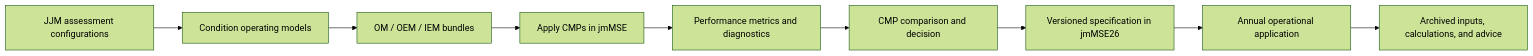
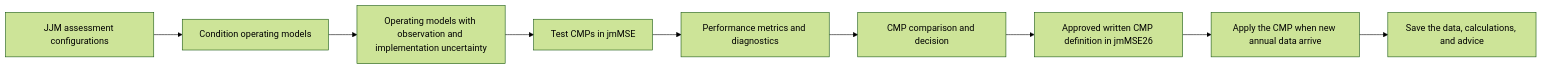
Before and after one commit to SPRFMO/jmMSE26: the diagram in doc/workflow/mse-flow.qmd, drawn with Mermaid (forest theme). The commit also changed other lines of this file and 28 other files, not shown here.

````diff
--- a/doc/workflow/mse-flow.qmd
+++ b/doc/workflow/mse-flow.qmd
@@ -12,11 +12,11 @@
 ```{mermaid}
 flowchart LR
   J["JJM assessment configurations"] --> C["Condition operating models"]
-  C --> O["OM / OEM / IEM bundles"]
-  O --> M["Apply CMPs in jmMSE"]
+  C --> O["Operating models with observation and implementation uncertainty"]
+  O --> M["Test CMPs in jmMSE"]
   M --> P["Performance metrics and diagnostics"]
   P --> D["CMP comparison and decision"]
-  D --> S["Versioned specification in jmMSE26"]
-  S --> Y["Annual operational application"]
-  Y --> V["Archived inputs, calculations, and advice"]
+  D --> S["Approved written CMP definition in jmMSE26"]
+  S --> Y["Apply the CMP when new annual data arrive"]
+  Y --> V["Save the data, calculations, and advice"]
 ```
````
